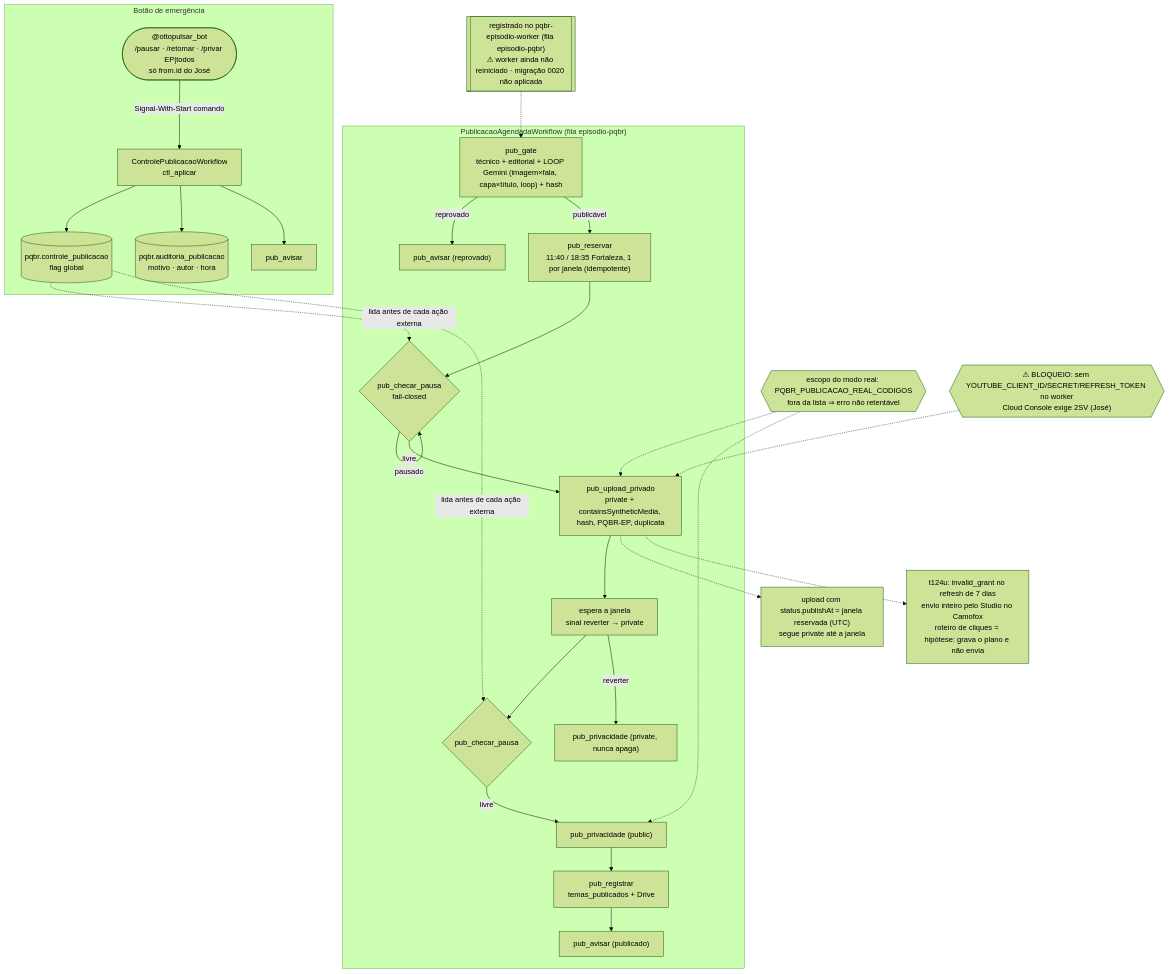
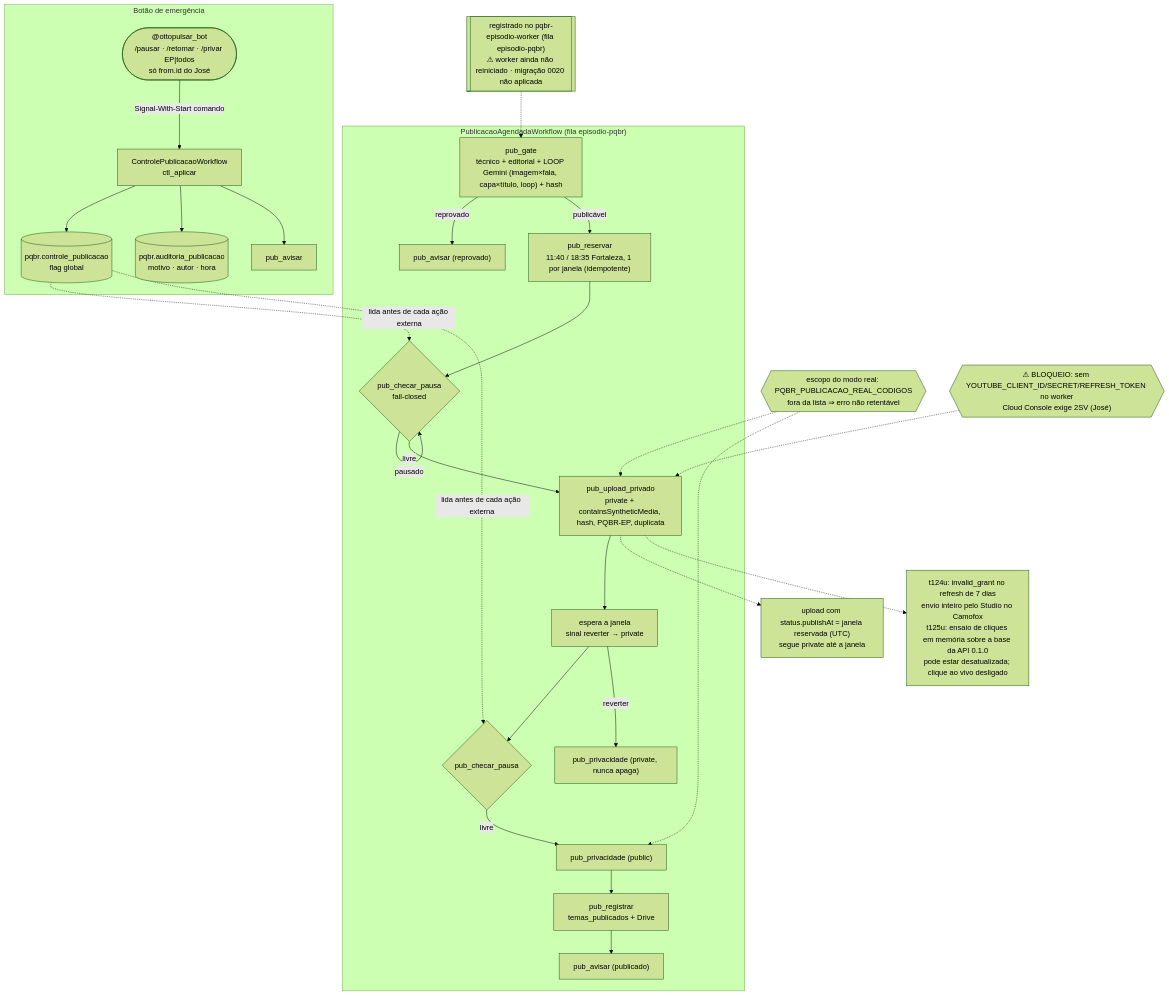
Before and after one commit to jvmendesjr/PQBR: the diagram in docs/mapa/11-publicacao.mmd, drawn with Mermaid (forest theme). The commit also changed 10 other files, not shown here.

First line of the commit message:
publicação: ensaio de cliques em memória sobre a base da API (t125u)

```diff
--- a/docs/mapa/11-publicacao.mmd
+++ b/docs/mapa/11-publicacao.mmd
@@ -1,26 +1,26 @@
 %% Publicação automática + botão de emergência (t540/t541, José 25/10/2026). Alterado pelo agente externo PQBR com autorização do José.
 %% Sem aprovação humana: o gate é a única barreira. Telegram só AVISA. Simulação por padrão (YOUTUBE_DRY_RUN + PQBR_PUBLICACAO_REAL).
 flowchart TD
   subgraph PUB["PublicacaoAgendadaWorkflow (fila episodio-pqbr)"]
     G["pub_gate<br/>técnico + editorial + LOOP Gemini (imagem×fala, capa×título, loop) + hash"] -->|reprovado| AR["pub_avisar (reprovado)"]
     G -->|publicável| R["pub_reservar<br/>11:40 / 18:35 Fortaleza, 1 por janela (idempotente)"]
     R --> P1{"pub_checar_pausa<br/>fail-closed"} -->|pausado| P1
     P1 -->|livre| U["pub_upload_privado<br/>private + containsSyntheticMedia, hash, PQBR-EP, duplicata"]
     U --> W["espera a janela<br/>sinal reverter → private"]
     W --> P2{"pub_checar_pausa"} -->|livre| PR["pub_privacidade (public)"]
     PR --> RG["pub_registrar<br/>temas_publicados + Drive"] --> AP["pub_avisar (publicado)"]
     W -->|reverter| RV["pub_privacidade (private, nunca apaga)"]
   end
   subgraph EMG["Botão de emergência"]
     TG(["@ottopulsar_bot<br/>/pausar · /retomar · /privar EP|todos<br/>só from.id do José"]) -->|Signal-With-Start comando| CTL["ControlePublicacaoWorkflow<br/>ctl_aplicar"]
     CTL --> FLAG[("pqbr.controle_publicacao<br/>flag global")]
     CTL --> AUD[("pqbr.auditoria_publicacao<br/>motivo · autor · hora")]
     CTL --> AV2["pub_avisar"]
   end
   FLAG -.lida antes de cada ação externa.-> P1 & P2
   %% 0.4.5 (t69s317/t70u, 26/10/2026)
   U -.-> PA["upload com status.publishAt = janela reservada (UTC)<br/>segue private até a janela"]
-  U -.-> CF["t124u: invalid_grant no refresh de 7 dias<br/>envio inteiro pelo Studio no Camofox<br/>roteiro de cliques = hipótese: grava o plano e não envia"]
+  U -.-> CF["t124u: invalid_grant no refresh de 7 dias<br/>envio inteiro pelo Studio no Camofox<br/>t125u: ensaio de cliques em memória sobre a base da API 0.1.0<br/>pode estar desatualizada; clique ao vivo desligado"]
   SC{{"escopo do modo real: PQBR_PUBLICACAO_REAL_CODIGOS<br/>fora da lista ⇒ erro não retentável"}} -.-> U & PR
   WK[["registrado no pqbr-episodio-worker (fila episodio-pqbr)<br/>⚠ worker ainda não reiniciado · migração 0020 não aplicada"]] -.-> G
   BL{{"⚠ BLOQUEIO: sem YOUTUBE_CLIENT_ID/SECRET/REFRESH_TOKEN no worker<br/>Cloud Console exige 2SV (José)"}} -.-> U
```
